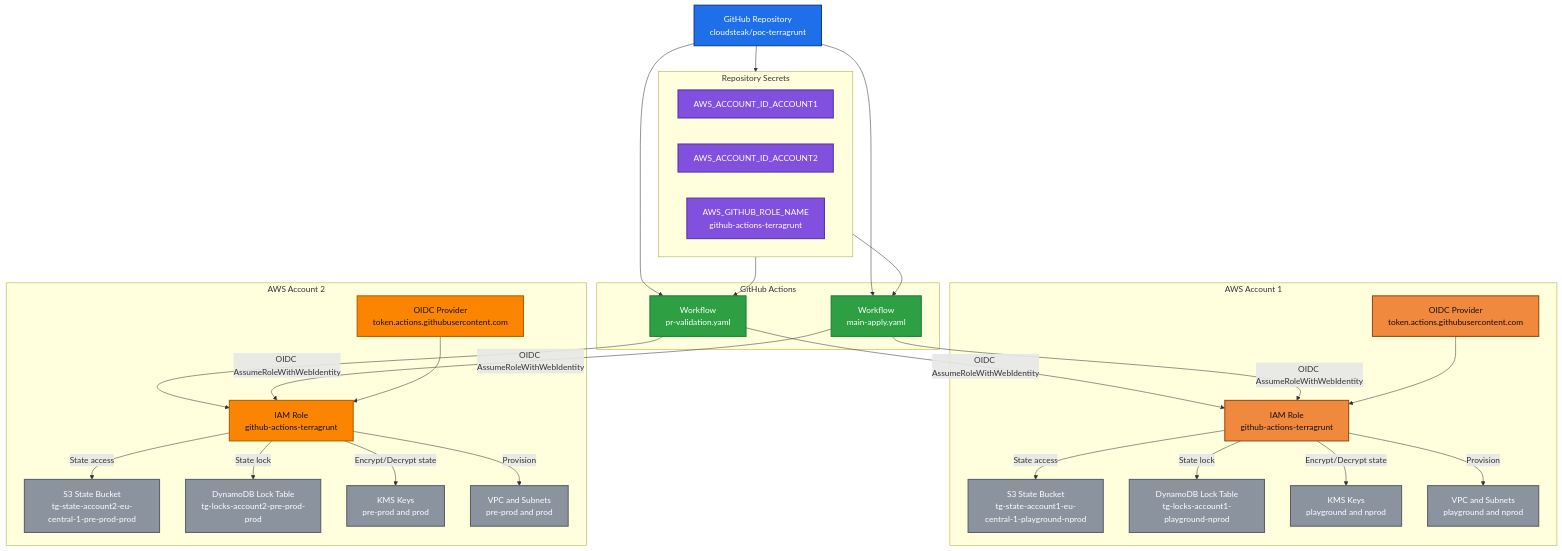
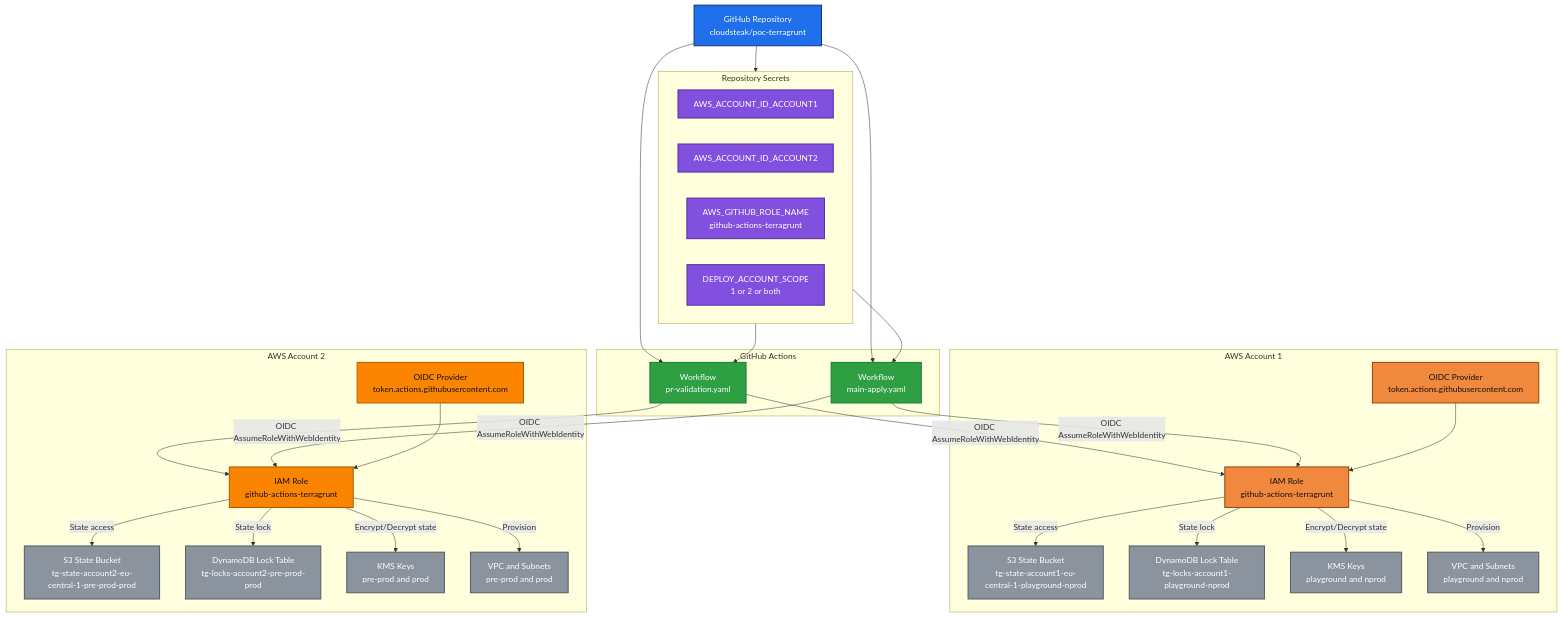
One commit to cloudsteak/poc-terragrunt changed the diagram in README.md. Above: the diagram before and after it, drawn with Mermaid. The commit also changed other lines of this file and 2 other files, not shown here.

Commit message:
docs: Update README and workflows to introduce DEPLOY_ACCOUNT_SCOPE variable for environment control

````diff
--- a/README.md
+++ b/README.md
@@ -18,71 +18,72 @@
 ```mermaid
 flowchart TB
   GH["GitHub Repository<br/>cloudsteak/poc-terragrunt"]
 
   subgraph GHA["GitHub Actions"]
     PR["Workflow<br/>pr-validation.yaml"]
     APPLY["Workflow<br/>main-apply.yaml"]
   end
 
   subgraph VARS["Repository Secrets"]
     V1["AWS_ACCOUNT_ID_ACCOUNT1"]
     V2["AWS_ACCOUNT_ID_ACCOUNT2"]
     V3["AWS_GITHUB_ROLE_NAME<br/>github-actions-terragrunt"]
+    V4["DEPLOY_ACCOUNT_SCOPE<br/>1 or 2 or both"]
   end
 
   subgraph ACC1["AWS Account 1"]
     OIDC1["OIDC Provider<br/>token.actions.githubusercontent.com"]
     ROLE1["IAM Role<br/>github-actions-terragrunt"]
     S31["S3 State Bucket<br/>tg-state-account1-eu-central-1-playground-nprod"]
     DDB1["DynamoDB Lock Table<br/>tg-locks-account1-playground-nprod"]
     KMS1["KMS Keys<br/>playground and nprod"]
     NET1["VPC and Subnets<br/>playground and nprod"]
   end
 
   subgraph ACC2["AWS Account 2"]
     OIDC2["OIDC Provider<br/>token.actions.githubusercontent.com"]
     ROLE2["IAM Role<br/>github-actions-terragrunt"]
     S32["S3 State Bucket<br/>tg-state-account2-eu-central-1-pre-prod-prod"]
     DDB2["DynamoDB Lock Table<br/>tg-locks-account2-pre-prod-prod"]
     KMS2["KMS Keys<br/>pre-prod and prod"]
     NET2["VPC and Subnets<br/>pre-prod and prod"]
   end
 
   GH --> PR
   GH --> APPLY
   GH --> VARS
   VARS --> PR
   VARS --> APPLY
 
   PR -->|OIDC AssumeRoleWithWebIdentity| ROLE1
   PR -->|OIDC AssumeRoleWithWebIdentity| ROLE2
   APPLY -->|OIDC AssumeRoleWithWebIdentity| ROLE1
   APPLY -->|OIDC AssumeRoleWithWebIdentity| ROLE2
 
   OIDC1 --> ROLE1
   OIDC2 --> ROLE2
 
   ROLE1 -->|State access| S31
   ROLE1 -->|State lock| DDB1
   ROLE1 -->|Encrypt/Decrypt state| KMS1
   ROLE1 -->|Provision| NET1
 
   ROLE2 -->|State access| S32
   ROLE2 -->|State lock| DDB2
   ROLE2 -->|Encrypt/Decrypt state| KMS2
   ROLE2 -->|Provision| NET2
 
   classDef github fill:#1f6feb,stroke:#0d3a8a,color:#ffffff,stroke-width:2px;
   classDef workflow fill:#2ea043,stroke:#1a7f37,color:#ffffff,stroke-width:2px;
   classDef vars fill:#8250df,stroke:#5a32a3,color:#ffffff,stroke-width:2px;
   classDef account1 fill:#f0883e,stroke:#9a4a11,color:#111111,stroke-width:2px;
   classDef account2 fill:#fb8500,stroke:#b35c00,color:#111111,stroke-width:2px;
   classDef resource fill:#8b949e,stroke:#57606a,color:#ffffff,stroke-width:2px;
 
   class GH github;
   class PR,APPLY workflow;
-  class V1,V2,V3 vars;
+  class V1,V2,V3,V4 vars;
   class OIDC1,ROLE1 account1;
   class OIDC2,ROLE2 account2;
   class S31,DDB1,KMS1,NET1,S32,DDB2,KMS2,NET2 resource;
 ```
````
